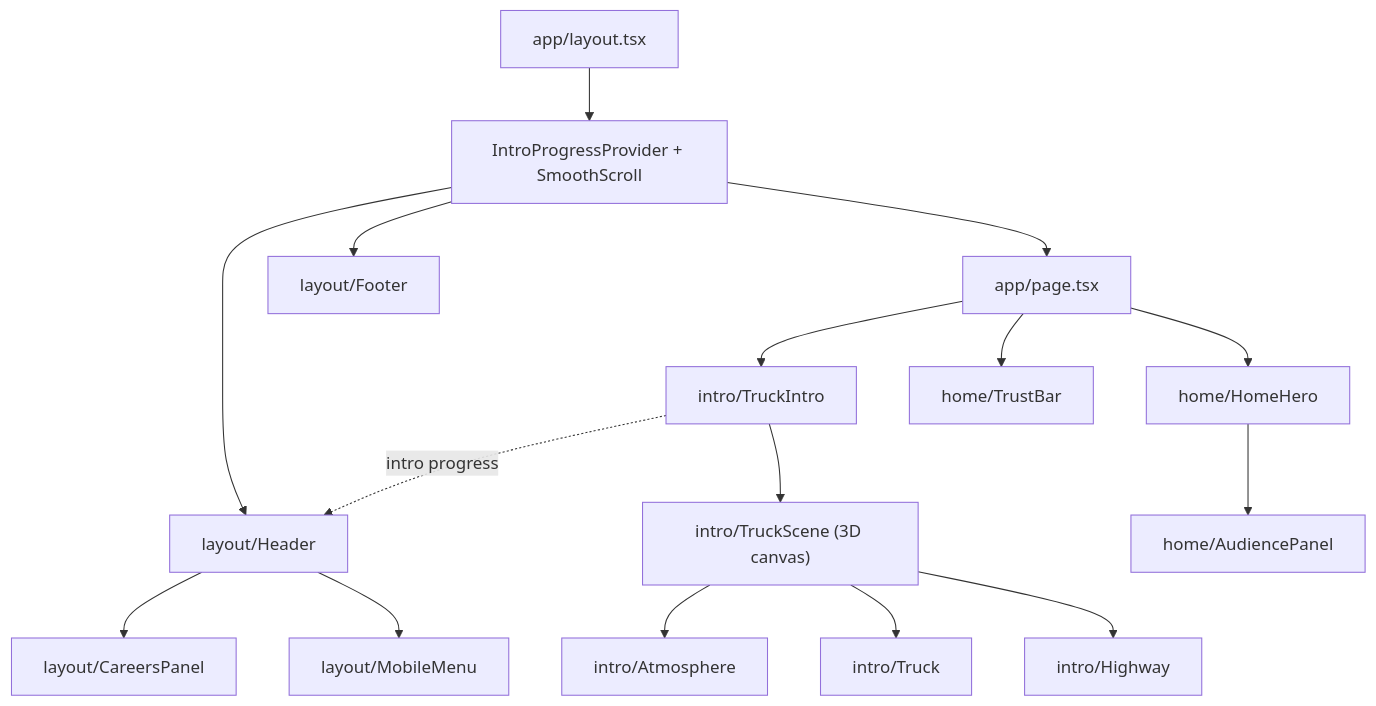
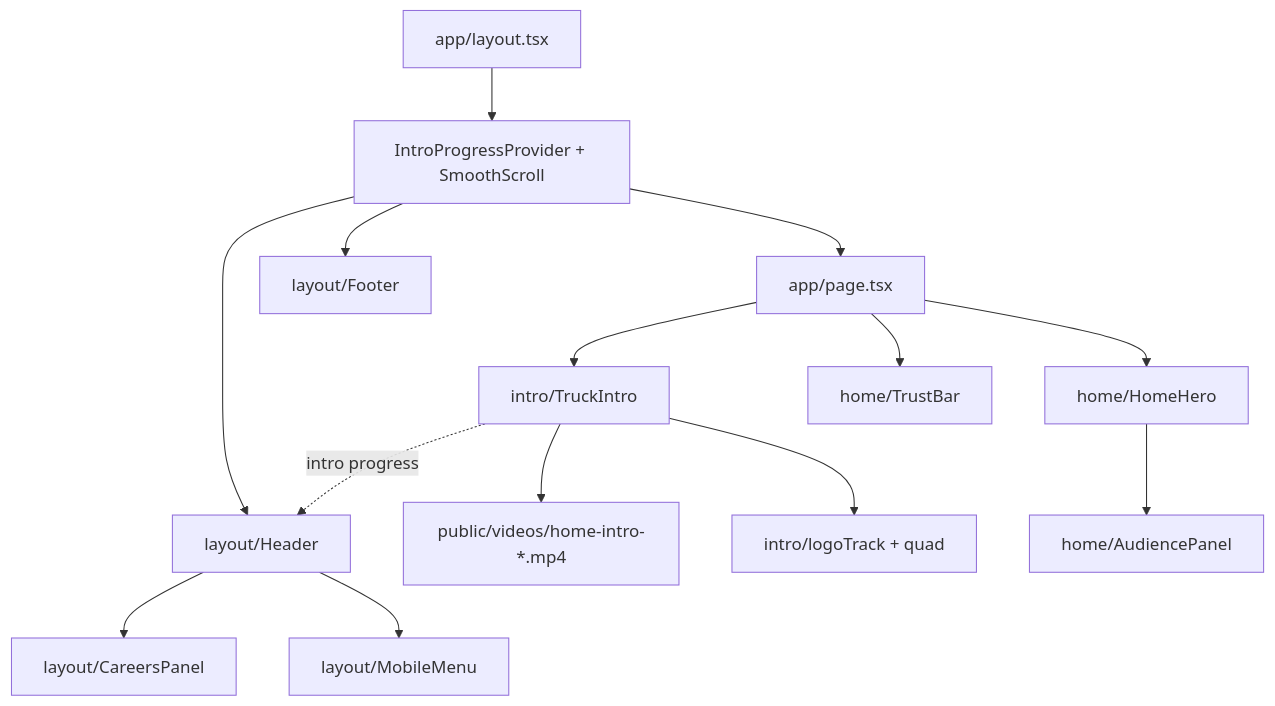
Before and after one commit to stadlerv3311/laughing-dollop: the diagram in docs/NAVIGATION.md, drawn with Mermaid. The commit also changed other lines of this file and 30 other files, not shown here.

First line of the commit message:
Replace 3D intro with video, rework header into glass pills

````diff
--- a/docs/NAVIGATION.md
+++ b/docs/NAVIGATION.md
@@ -52,18 +49,16 @@
 ```mermaid
 flowchart TD
   Layout["app/layout.tsx"] --> Providers["IntroProgressProvider + SmoothScroll"]
   Providers --> Header["layout/Header"]
   Providers --> Page["app/page.tsx"]
   Providers --> Footer["layout/Footer"]
   Header --> CareersPanel["layout/CareersPanel"]
   Header --> MobileMenu["layout/MobileMenu"]
   Page --> TruckIntro["intro/TruckIntro"]
   Page --> HomeHero["home/HomeHero"]
   Page --> TrustBar["home/TrustBar"]
-  TruckIntro --> TruckScene["intro/TruckScene (3D canvas)"]
-  TruckScene --> Atmosphere["intro/Atmosphere"]
-  TruckScene --> Truck["intro/Truck"]
-  TruckScene --> Highway["intro/Highway"]
+  TruckIntro --> Video["public/videos/home-intro-*.mp4"]
+  TruckIntro --> LogoTrack["intro/logoTrack + quad"]
   HomeHero --> AudiencePanel["home/AudiencePanel"]
   TruckIntro -. "intro progress" .-> Header
 ```
````
